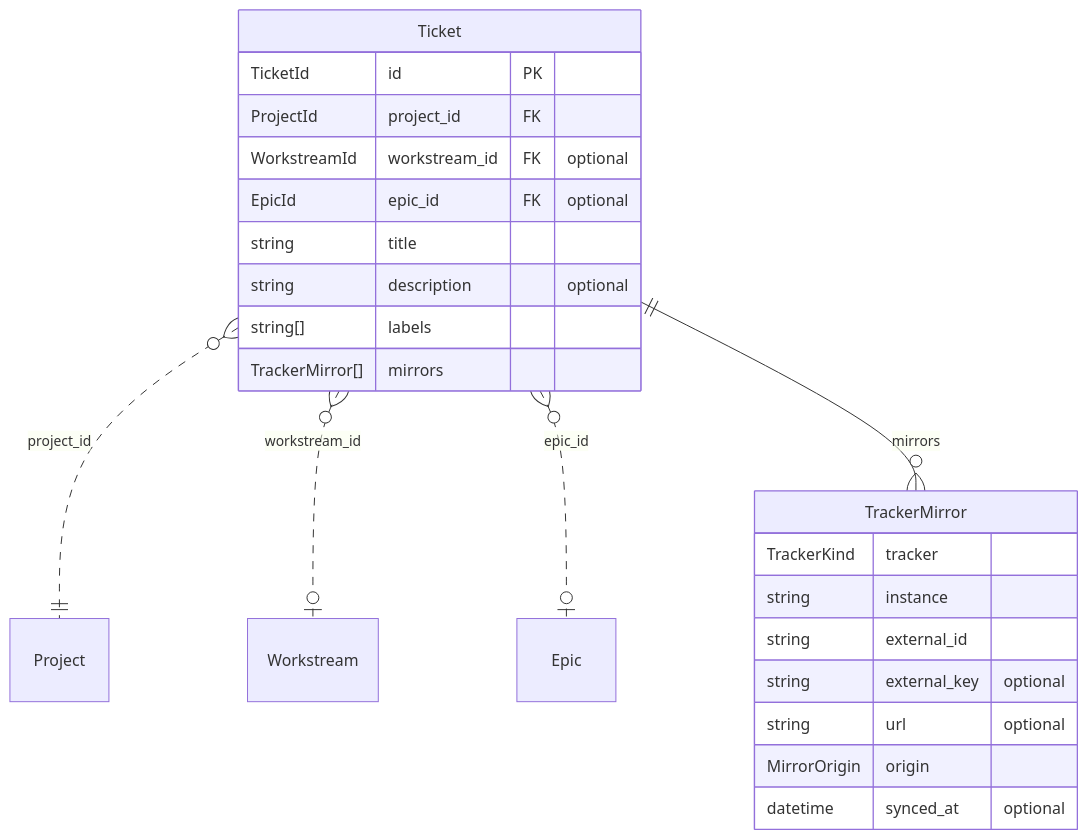
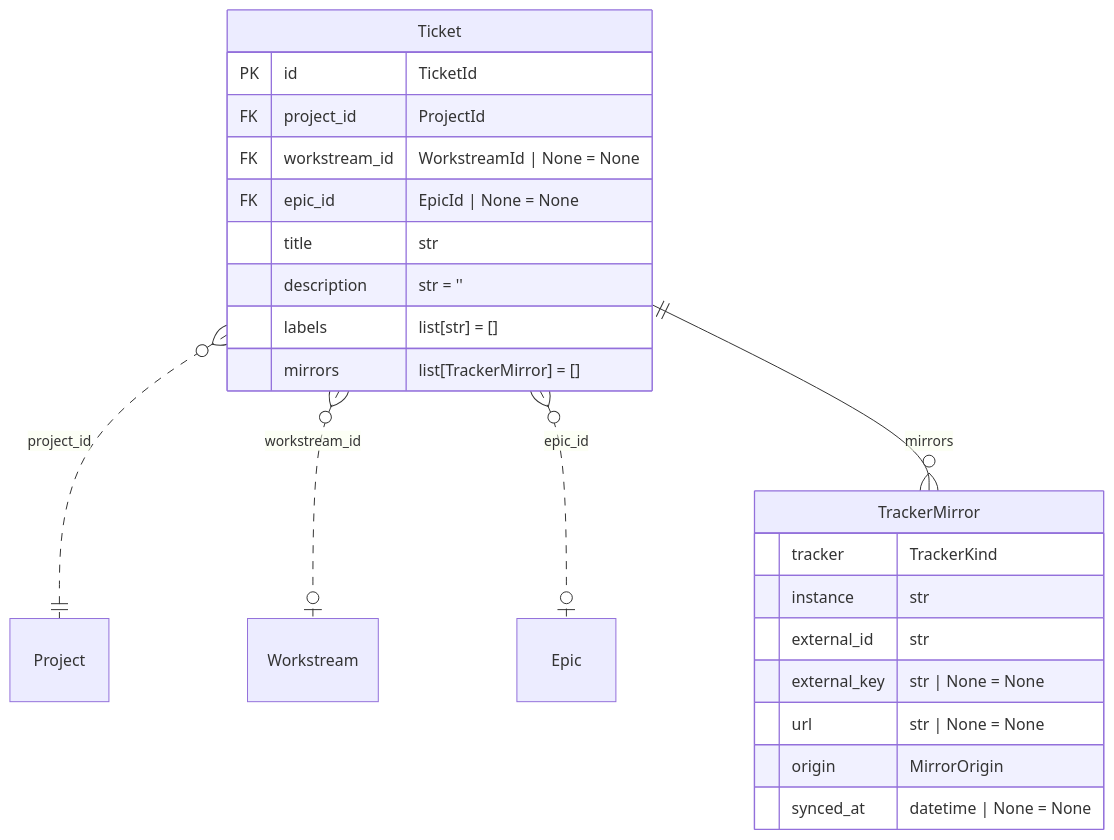
Before and after one commit to ortusnova/agentic-orchestration: the eighth of 15 diagrams in domain_models/schemas/domain.erd.md, drawn with Mermaid. The commit also changed other lines of this file and 15 other files, not shown here.

Commit message:
feat(domain-models): diagram fields read key | name | Python type

````diff
--- a/domain_models/schemas/domain.erd.md
+++ b/domain_models/schemas/domain.erd.md
@@ -302,26 +304,26 @@
 ```mermaid
 erDiagram
     Ticket {
-        TicketId id PK
-        ProjectId project_id FK
-        WorkstreamId workstream_id FK "optional"
-        EpicId epic_id FK "optional"
-        string title
-        string description "optional"
-        string[] labels
-        TrackerMirror[] mirrors
+        ⁠PK id "TicketId"
+        ⁠FK project_id "ProjectId"
+        ⁠FK workstream_id "WorkstreamId | None = None"
+        ⁠FK epic_id "EpicId | None = None"
+        ⁠ title "str"
+        ⁠ description "str = ''"
+        ⁠ labels "list[str] = []"
+        ⁠ mirrors "list[TrackerMirror] = []"
     }
     TrackerMirror {
-        TrackerKind tracker
-        string instance
-        string external_id
-        string external_key "optional"
-        string url "optional"
-        MirrorOrigin origin
-        datetime synced_at "optional"
+        ⁠ tracker "TrackerKind"
+        ⁠ instance "str"
+        ⁠ external_id "str"
+        ⁠ external_key "str | None = None"
+        ⁠ url "str | None = None"
+        ⁠ origin "MirrorOrigin"
+        ⁠ synced_at "datetime | None = None"
     }
     Ticket }o..|| Project : "project_id"
     Ticket }o..o| Workstream : "workstream_id"
     Ticket }o..o| Epic : "epic_id"
     Ticket ||--o{ TrackerMirror : "mirrors"
 ```
````
